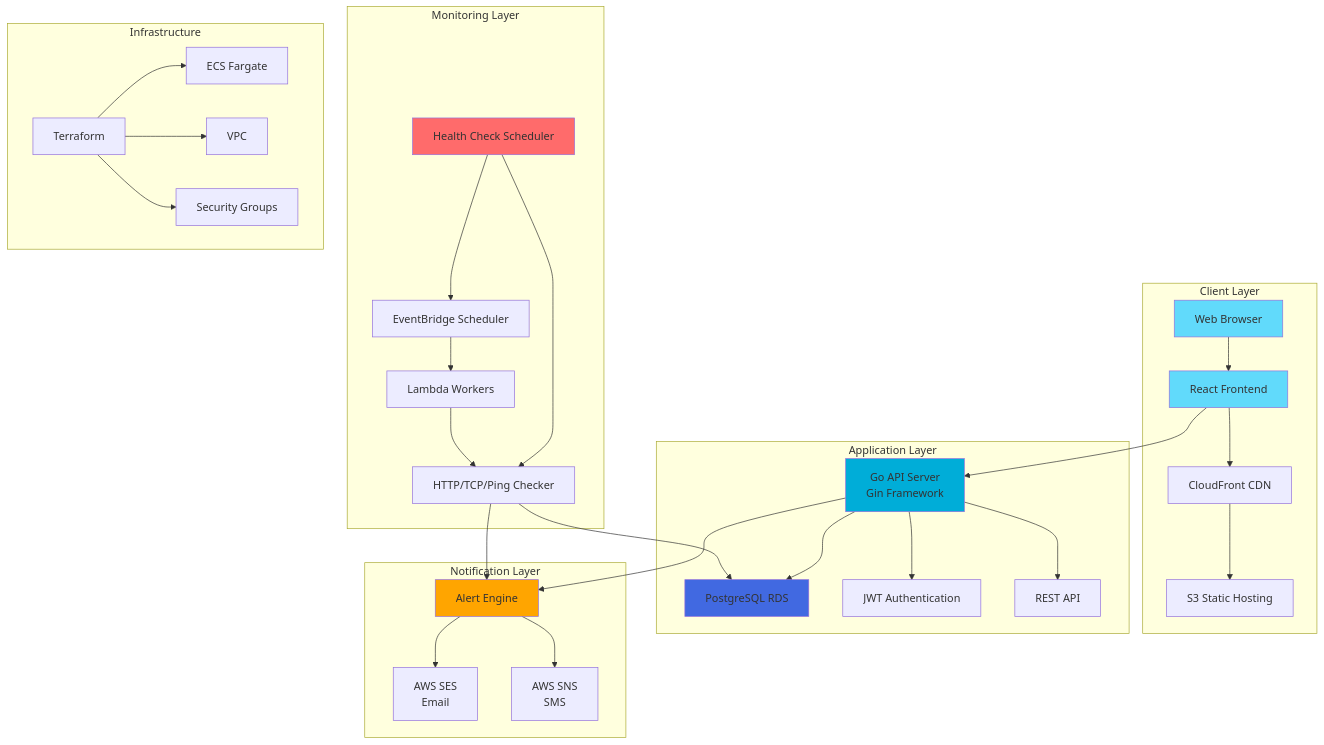
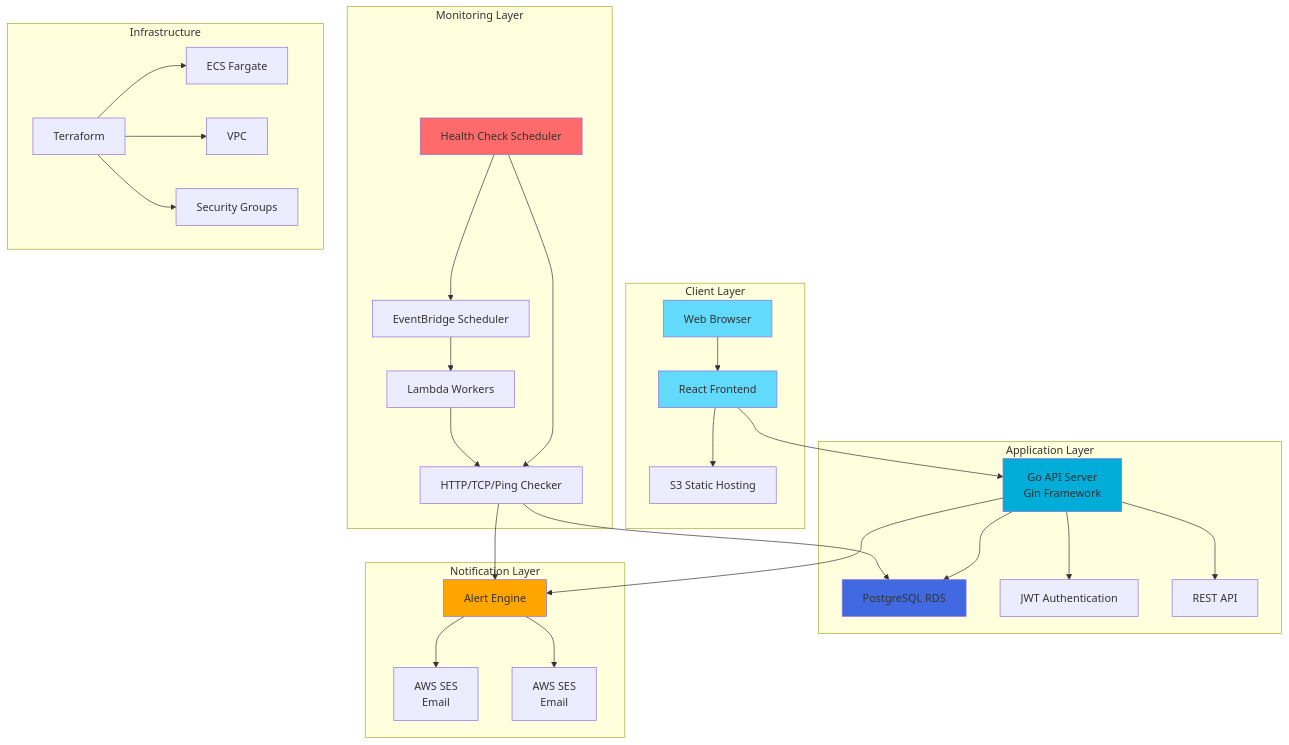
The diagram in README.md (thedevlake/pulsegrid-v1), drawn with Mermaid before and after one commit. The commit also changed other lines of this file and 2 other files, not shown here.

Commit message:
Update README and docs for consistency: add Ollama support, fix CloudFront references, update API examples with correct URLs

````diff
--- a/README.md
+++ b/README.md
@@ -64,44 +70,43 @@
 ```mermaid
 graph TB
     subgraph "Client Layer"
         A[Web Browser] --> B[React Frontend]
-        B --> C[CloudFront CDN]
-        C --> D[S3 Static Hosting]
+        B --> D[S3 Static Hosting]
     end
 
     subgraph "Application Layer"
         E[Go API Server<br/>Gin Framework] --> F[PostgreSQL RDS]
         E --> G[JWT Authentication]
         E --> H[REST API]
     end
 
     subgraph "Monitoring Layer"
         I[Health Check Scheduler] --> J[HTTP/TCP/Ping Checker]
         I --> K[EventBridge Scheduler]
         K --> L[Lambda Workers]
         L --> J
     end
 
     subgraph "Notification Layer"
         M[Alert Engine] --> N[AWS SES<br/>Email]
-        M --> O[AWS SNS<br/>SMS]
+        M --> O[AWS SES<br/>Email]
     end
 
     subgraph "Infrastructure"
         P[Terraform] --> Q[ECS Fargate]
         P --> R[VPC]
         P --> S[Security Groups]
     end
 
     B --> E
     J --> F
     J --> M
     E --> M
 
     style A fill:#61DAFB
     style B fill:#61DAFB
     style E fill:#00ADD8
     style F fill:#4169E1
     style I fill:#FF6B6B
     style M fill:#FFA500
 ```
````
